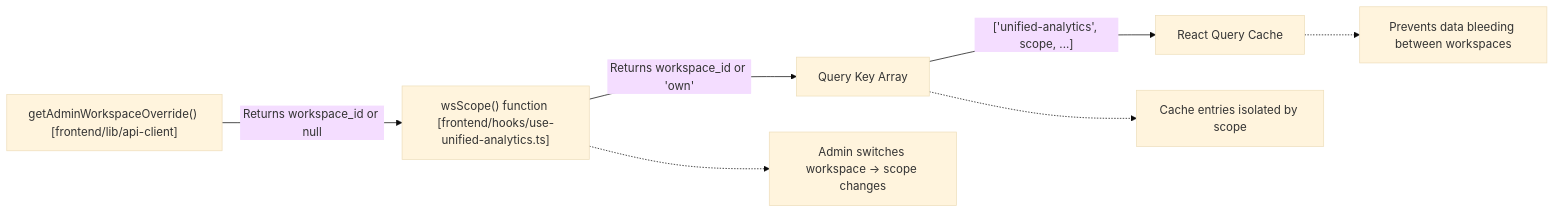
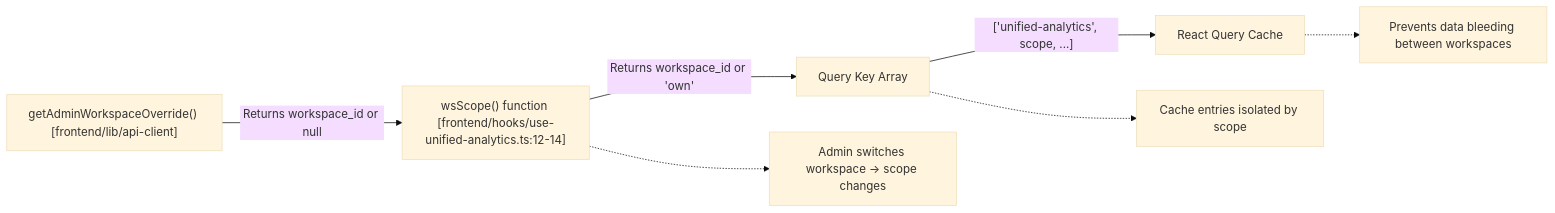
The second of 2 diagrams in docs/analytics-monitoring/analytics-architecture.md (AutomatosAI/automatos-ai), drawn with Mermaid (base theme) before and after one commit. The commit also changed other lines of this file and 191 other files, not shown here.

````diff
--- a/docs/analytics-monitoring/analytics-architecture.md
+++ b/docs/analytics-monitoring/analytics-architecture.md
@@ -120,19 +115,19 @@
 ```mermaid
 graph LR
     AdminOverride["getAdminWorkspaceOverride() [frontend/lib/api-client]"]
-    wsScope["wsScope() function [frontend/hooks/use-unified-analytics.ts]"]
+    wsScope["wsScope() function [frontend/hooks/use-unified-analytics.ts:12-14]"]
     QueryKey["Query Key Array"]
     ReactQuery["React Query Cache"]
     
     AdminOverride -->|"Returns workspace_id or null"| wsScope
     wsScope -->|"Returns workspace_id or 'own'"| QueryKey
     QueryKey -->|"['unified-analytics', scope, ...]"| ReactQuery
     
     Insight1["Admin switches workspace → scope changes"]
     Insight2["Cache entries isolated by scope"]
     Insight3["Prevents data bleeding between workspaces"]
     
     wsScope -.-> Insight1
     QueryKey -.-> Insight2
     ReactQuery -.-> Insight3
 ```
````
